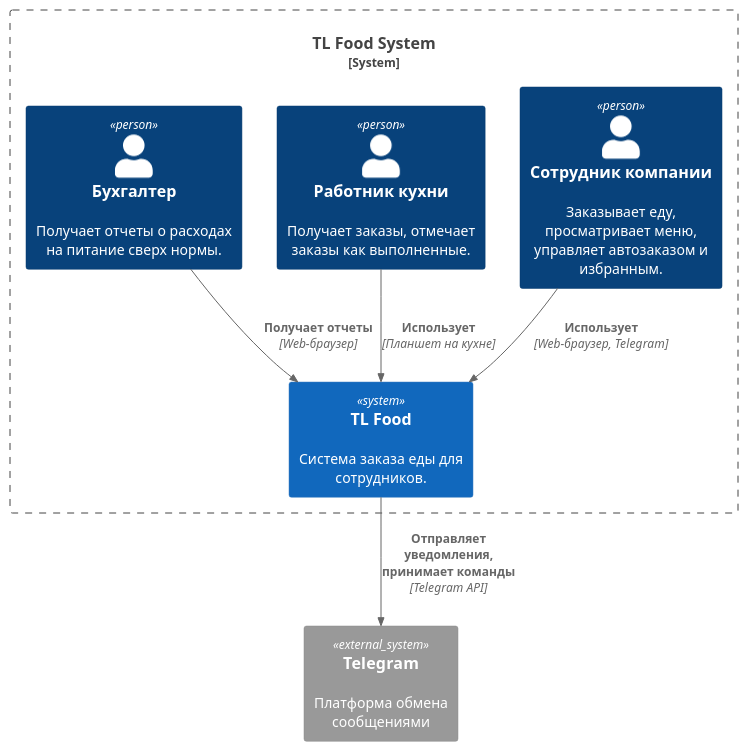
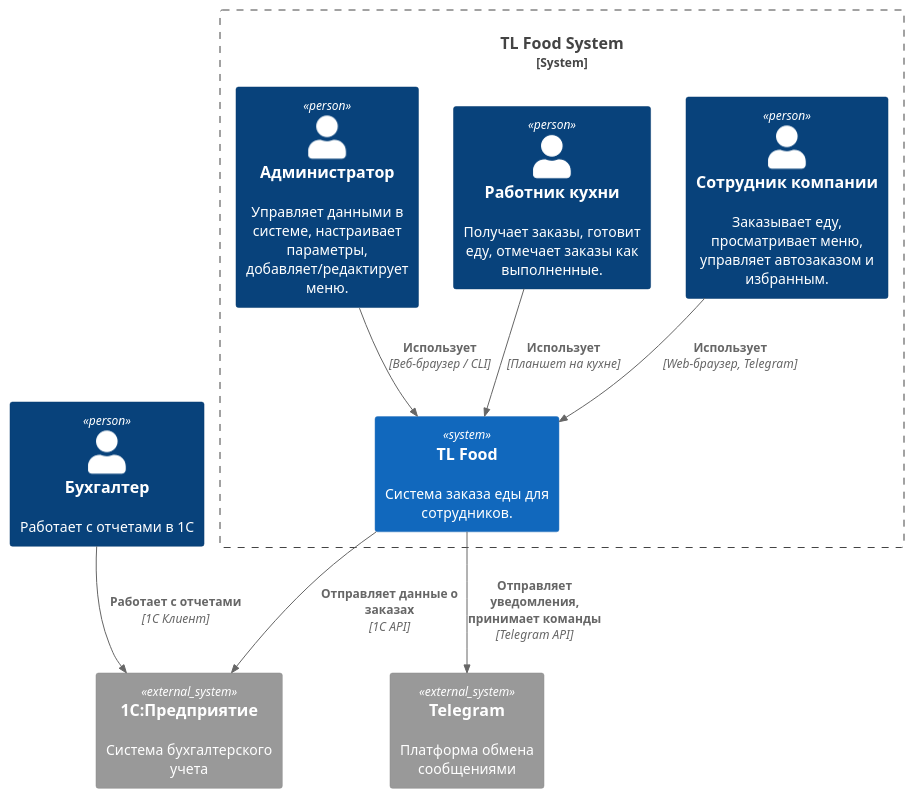
The diagram in C4/Context C4.md (GornikMaria/SoftwareProjectManagement), drawn with PlantUML before and after one commit. The commit also changed other lines of this file and 7 other files, not shown here.

````diff
--- a/C4/Context C4.md
+++ b/C4/Context C4.md
@@ -23,24 +2,27 @@
 ```plantuml
 @startuml
 !include <c4/C4_Context>
 
 System_Boundary(c1, "TL Food System") {
     Person(user, "Сотрудник компании", "Заказывает еду, просматривает меню, управляет автозаказом и избранным.")
-    Person(cook, "Работник кухни", "Получает заказы, отмечает заказы как выполненные.")
-    Person(accountant, "Бухгалтер", "Получает отчеты о расходах на питание сверх нормы.")
-    System(tlfood, "TL Food", "Система заказа еды для сотрудников.")
+    Person(cook, "Работник кухни", "Получает заказы, готовит еду, отмечает заказы как выполненные.")
+    Person(admin, "Администратор", "Управляет данными в системе, настраивает параметры, добавляет/редактирует меню.")
+     System(tlfood, "TL Food", "Система заказа еды для сотрудников.")
 }
 
 Rel(user, tlfood, "Использует", "Web-браузер, Telegram")
 Rel(cook, tlfood, "Использует", "Планшет на кухне")
-Rel(accountant, tlfood, "Получает отчеты", "Web-браузер")
+Rel(admin, tlfood, "Использует", "Веб-браузер / CLI")
 
-' Внешние системы (пока что только Telegram, но в будущем могут быть и другие)
+System_Ext(one_c, "1С:Предприятие", "Система бухгалтерского учета")
+
+' Внешние системы
 System_Ext(telegram, "Telegram", "Платформа обмена сообщениями")
 Rel(tlfood, telegram, "Отправляет уведомления, принимает команды", "Telegram API")
+Rel(tlfood, one_c, "Отправляет данные о заказах", "1С API")
 
-' Связи с внешними системами (в будущем)
-' System_Ext(accounting, "Система бухгалтерского учета", "Используется для учета расходов на питание")
-' Rel(tlfood, accounting, "Передает данные о расходах", "API")
+
+Person(accountant, "Бухгалтер", "Работает с отчетами в 1С")
+Rel(accountant, one_c, "Работает с отчетами", "1С Клиент")
 @enduml
 ```
````
